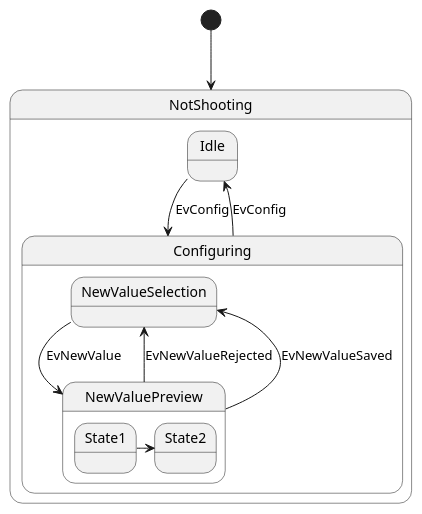
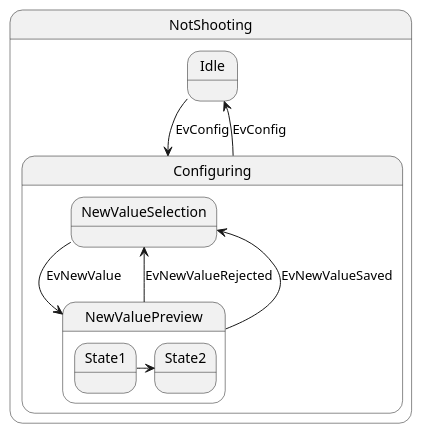
Before and after one commit to tastenmo/fsm: the second of 3 diagrams in doc/test.wsd, drawn with PlantUML. The commit also changed other lines of this file and 1 other file, not shown here.

Commit message:
plantuml

```diff
--- a/doc/test.wsd
+++ b/doc/test.wsd
@@ -13,21 +51,19 @@
-@startuml NotShooting
-
-[*] --> NotShooting
+@startuml fsm2
 
 state NotShooting {
   Idle --> Configuring : EvConfig
   Configuring --> Idle : EvConfig
 }
 
 state Configuring {
   
   NewValueSelection --> NewValuePreview : EvNewValue
   NewValuePreview --> NewValueSelection : EvNewValueRejected
   NewValuePreview --> NewValueSelection : EvNewValueSaved
 
   state NewValuePreview {
      State1 -> State2
   }
 
 }
 @enduml
```
